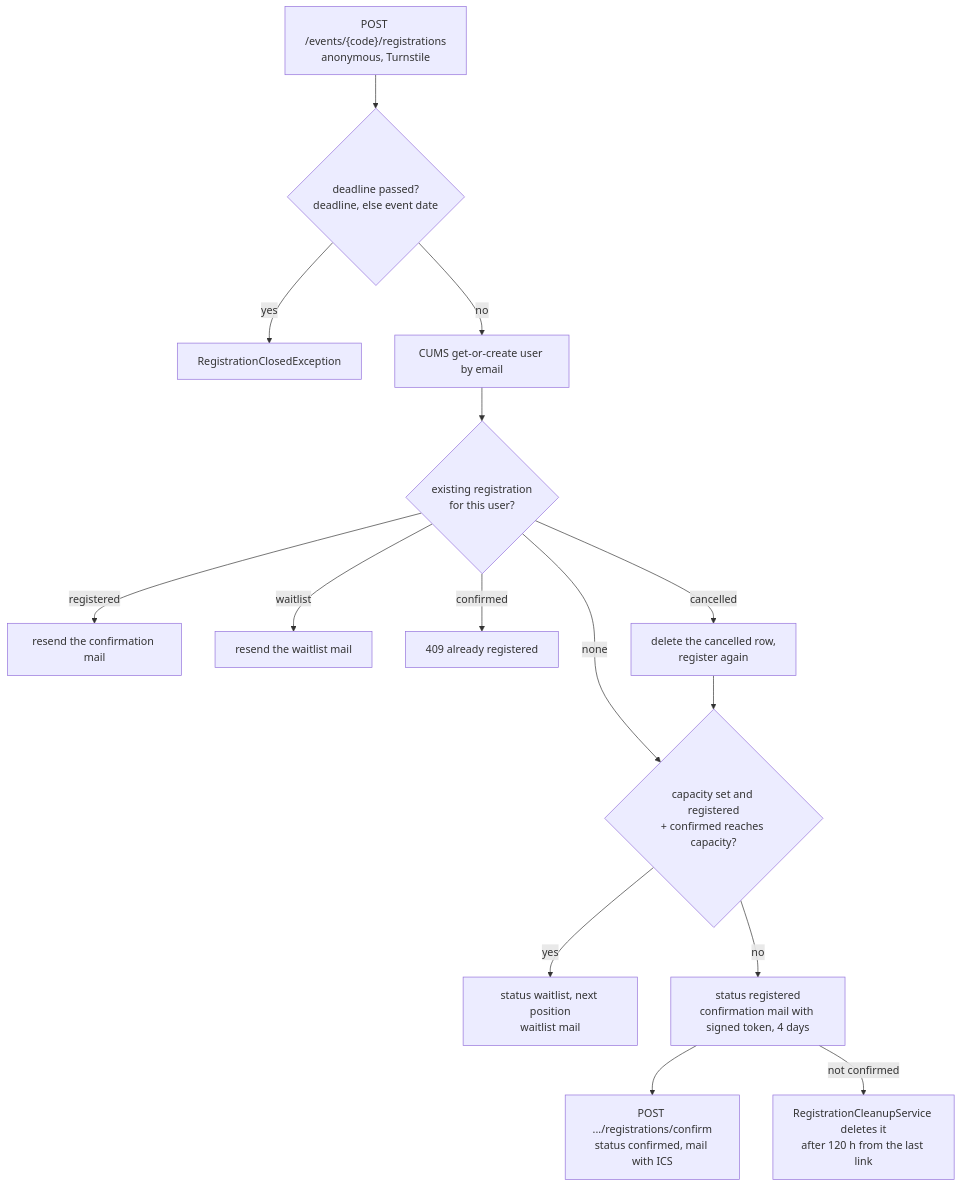
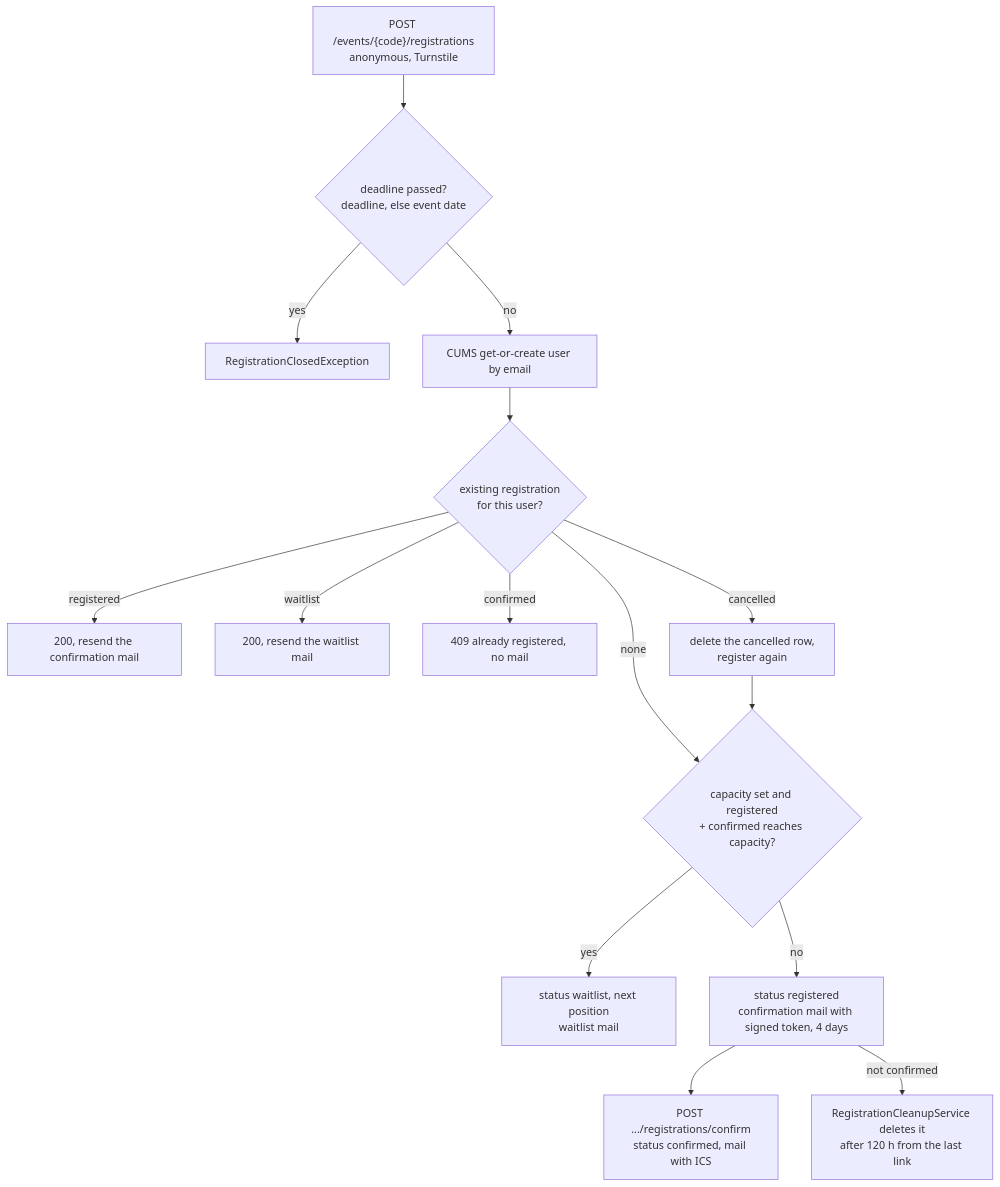
Before and after one commit to nissimbuchs/BATbern2: diagram 13 of 14 in docs/architecture/06-backend-architecture.md, drawn with Mermaid. The commit also changed other lines of this file and 28 other files, not shown here.

````diff
--- a/docs/architecture/06-backend-architecture.md
+++ b/docs/architecture/06-backend-architecture.md
@@ -1488,17 +1488,17 @@
 ```mermaid
 flowchart TD
     REQ["POST /events/{code}/registrations<br/>anonymous, Turnstile"] --> DL{"deadline passed?<br/>deadline, else event date"}
     DL -->|"yes"| CLOSED["RegistrationClosedException"]
     DL -->|"no"| USR["CUMS get-or-create user by email"]
     USR --> DUP{"existing registration<br/>for this user?"}
-    DUP -->|"registered"| RESEND["resend the confirmation mail"]
-    DUP -->|"waitlist"| RESENDW["resend the waitlist mail"]
-    DUP -->|"confirmed"| REJ["409 already registered"]
+    DUP -->|"registered"| RESEND["200, resend the confirmation mail"]
+    DUP -->|"waitlist"| RESENDW["200, resend the waitlist mail"]
+    DUP -->|"confirmed"| REJ["409 already registered, no mail"]
     DUP -->|"cancelled"| DEL["delete the cancelled row,<br/>register again"]
     DUP -->|"none"| CAP{"capacity set and registered<br/>+ confirmed reaches capacity?"}
     DEL --> CAP
     CAP -->|"yes"| WL["status waitlist, next position<br/>waitlist mail"]
     CAP -->|"no"| REG["status registered<br/>confirmation mail with signed token, 4 days"]
     REG --> CONF["POST .../registrations/confirm<br/>status confirmed, mail with ICS"]
     REG -->|"not confirmed"| CLEAN["RegistrationCleanupService deletes it<br/>after 120 h from the last link"]
 ```
````
